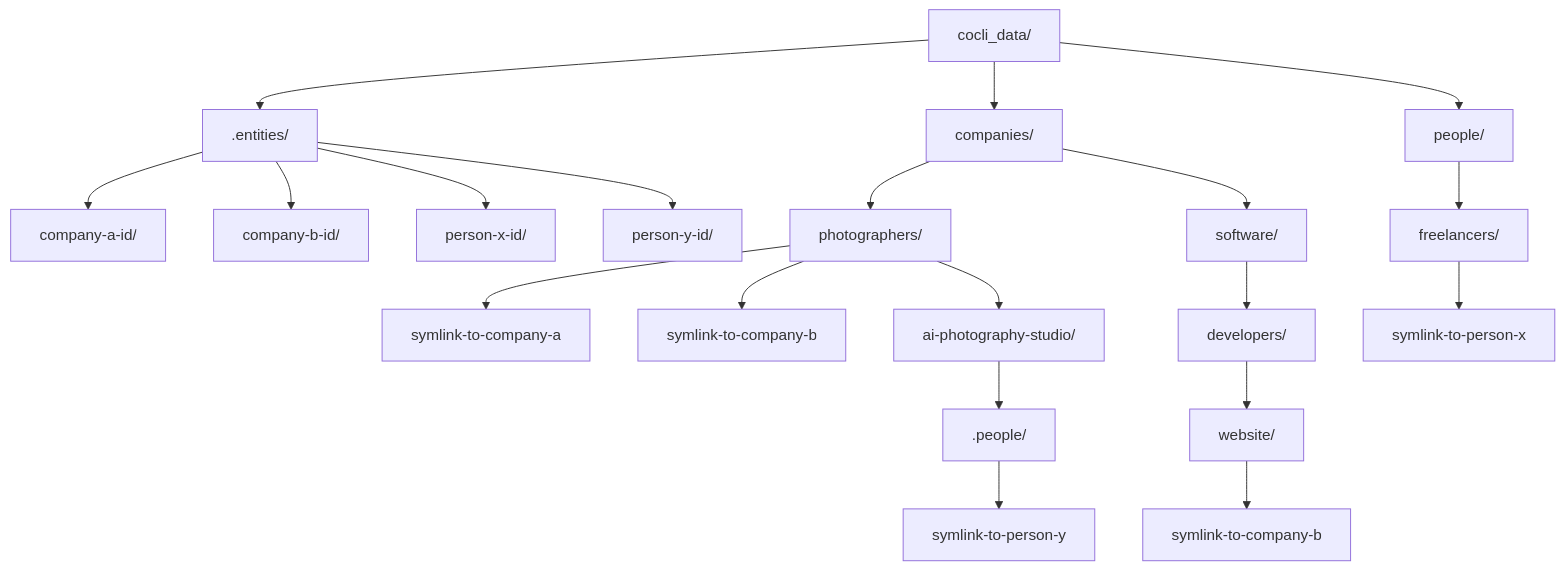
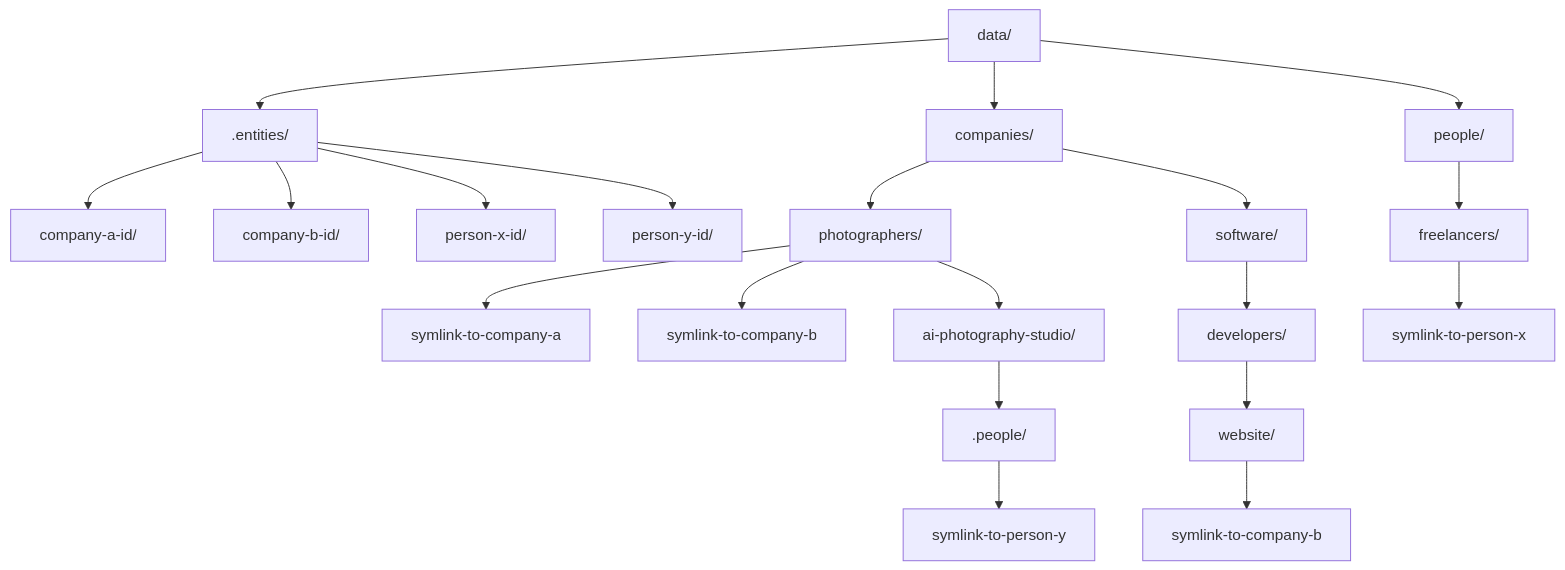
The diagram in docs/adr/person-corp-hash/_index.md (bizkite-co/cocli), drawn with Mermaid before and after one commit. The commit also changed other lines of this file and 62 other files, not shown here.

First line of the commit message:
Refactor: decommission cocli_data symlink in favor of data

````diff
--- a/docs/adr/person-corp-hash/_index.md
+++ b/docs/adr/person-corp-hash/_index.md
@@ -37,25 +37,25 @@
 ```mermaid
 graph TD
-    A[cocli_data/] --> B[.entities/]
+    A[data/] --> B[.entities/]
     B --> C[company-a-id/]
     B --> D[company-b-id/]
     B --> E[person-x-id/]
     B --> F[person-y-id/]
 
     A --> G[companies/]
     G --> H[photographers/]
     G --> I[software/]
     I --> J[developers/]
     J --> K[website/]
     H --> L[symlink-to-company-a]
     H --> M[symlink-to-company-b]
     K --> N[symlink-to-company-b]
 
     A --> O[people/]
     O --> P[freelancers/]
     P --> Q[symlink-to-person-x]
 
     H --> R[ai-photography-studio/]
     R --> S[.people/]
     S --> T[symlink-to-person-y]
 ```
````
